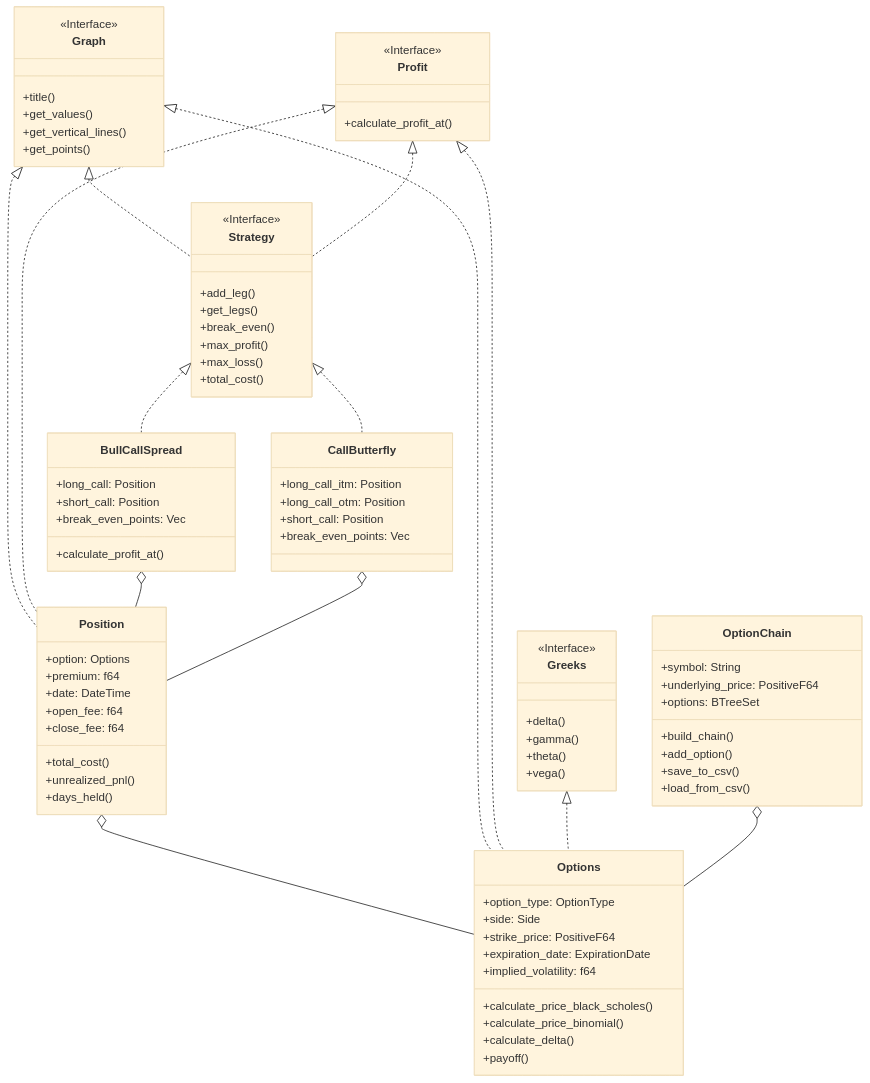
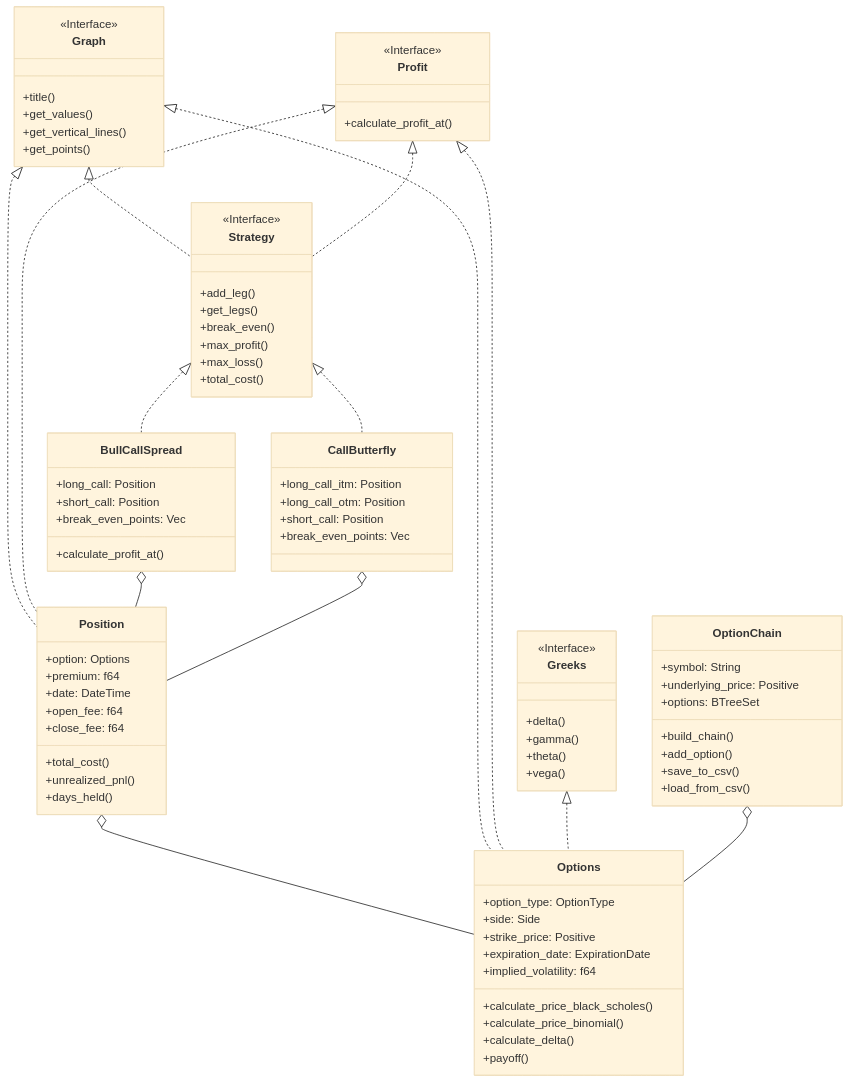
The second of 3 diagrams in README.md (joaquinbejar/OptionStratLib), drawn with Mermaid (base theme) before and after one commit. The commit also changed other lines of this file and 118 other files, not shown here.

```diff
--- a/README.md
+++ b/README.md
@@ -316,7 +316,7 @@
  class Options {
  +option_type: OptionType
  +side: Side
- +strike_price: PositiveF64
+ +strike_price: Positive
  +expiration_date: ExpirationDate
  +implied_volatility: f64
  +calculate_price_black_scholes()
@@ -338,7 +338,7 @@
 
  class OptionChain {
  +symbol: String
- +underlying_price: PositiveF64
+ +underlying_price: Positive
  +options: BTreeSet<OptionData>
  +build_chain()
  +add_option()
```
